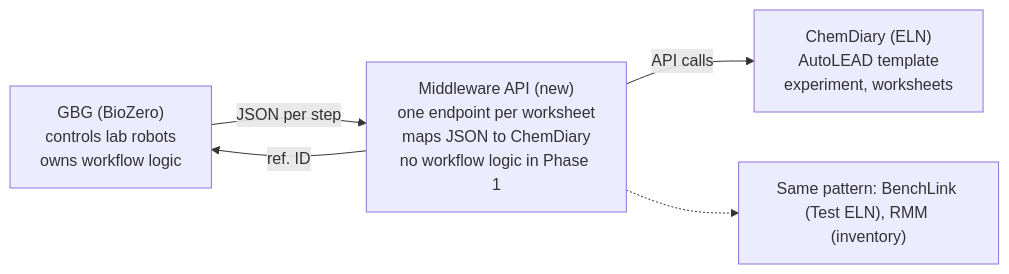
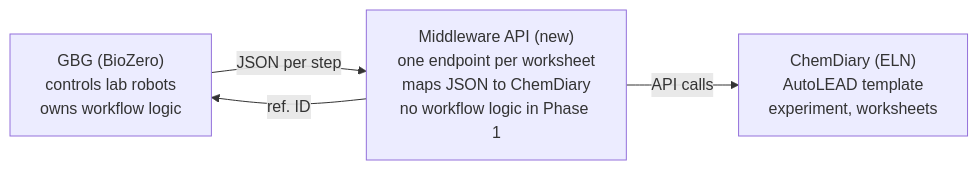
Before and after one commit to DeboSanofi/AI-AutoLEAD: the diagram in docs/BRD.md, drawn with Mermaid. The commit also changed other lines of this file and 1 other file, not shown here.

````diff
--- a/docs/BRD.md
+++ b/docs/BRD.md
@@ -64,11 +63,9 @@
 ```mermaid
 flowchart LR
     GBG["GBG (BioZero)<br/>controls lab robots<br/>owns workflow logic"]
     MW["Middleware API (new)<br/>one endpoint per worksheet<br/>maps JSON to ChemDiary<br/>no workflow logic in Phase 1"]
     CD["ChemDiary (ELN)<br/>AutoLEAD template<br/>experiment, worksheets"]
-    SIB["Same pattern: BenchLink (Test ELN), RMM (inventory)"]
     GBG -- "JSON per step" --> MW
     MW -- "API calls" --> CD
     MW -- "ref. ID" --> GBG
-    MW -.-> SIB
 ```
````
